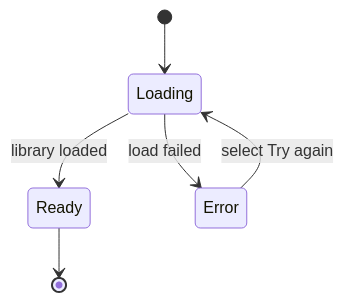
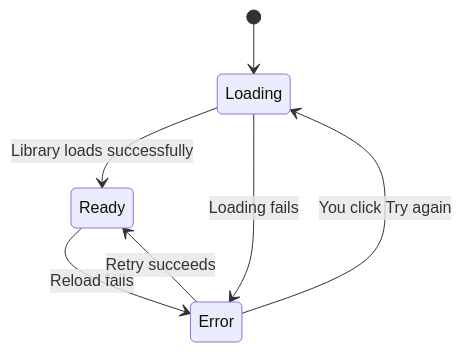
The first of 2 diagrams in api2-documentation/plan_2026-11-02_f8890e/user-facing-docs/logging-diagnostics.md (Mohita111/API2), drawn with Mermaid before and after one commit. The commit also changed other lines of this file and 12 other files, not shown here.

````diff
--- a/api2-documentation/plan_2026-11-02_f8890e/user-facing-docs/logging-diagnostics.md
+++ b/api2-documentation/plan_2026-11-02_f8890e/user-facing-docs/logging-diagnostics.md
@@ -20,8 +25,9 @@
 ```mermaid
 stateDiagram-v2
     [*] --> Loading
-    Loading --> Ready: library loaded
-    Loading --> Error: load failed
-    Error --> Loading: select Try again
-    Ready --> [*]
+    Loading --> Ready: Library loads successfully
+    Loading --> Error: Loading fails
+    Ready --> Error: Reload fails
+    Error --> Loading: You click Try again
+    Error --> Ready: Retry succeeds
 ```
````
